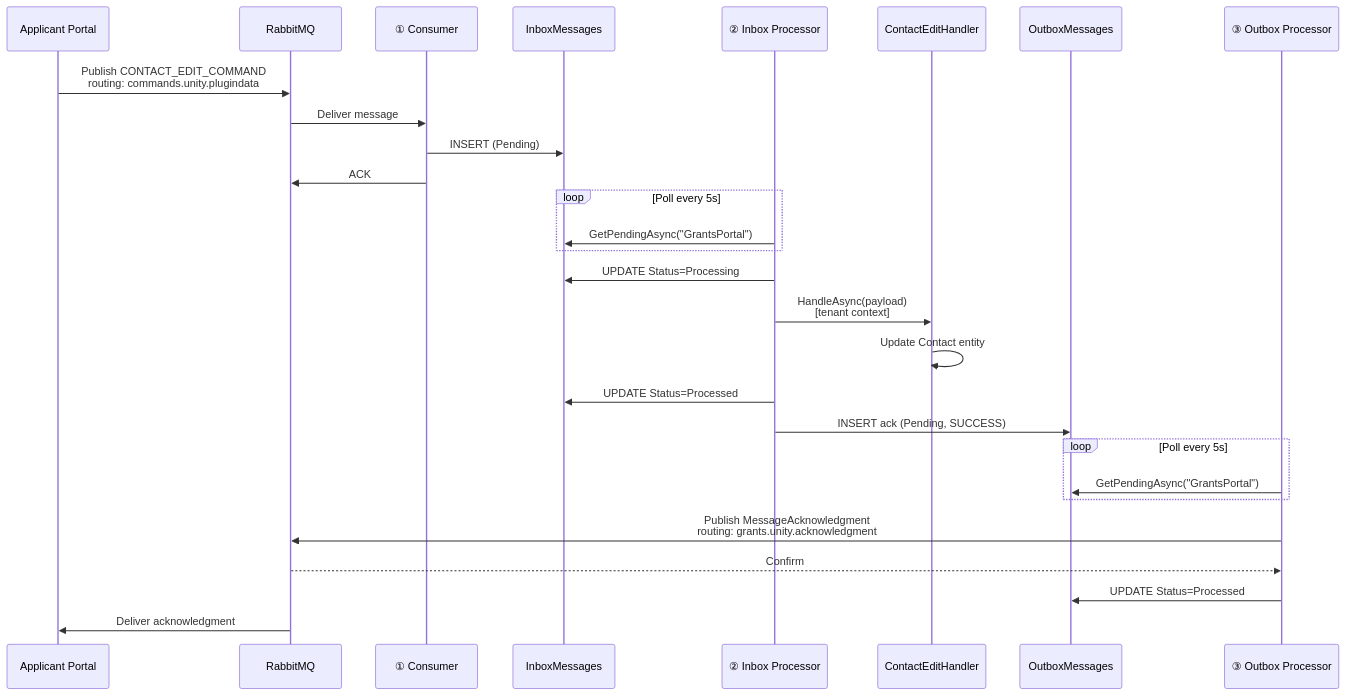
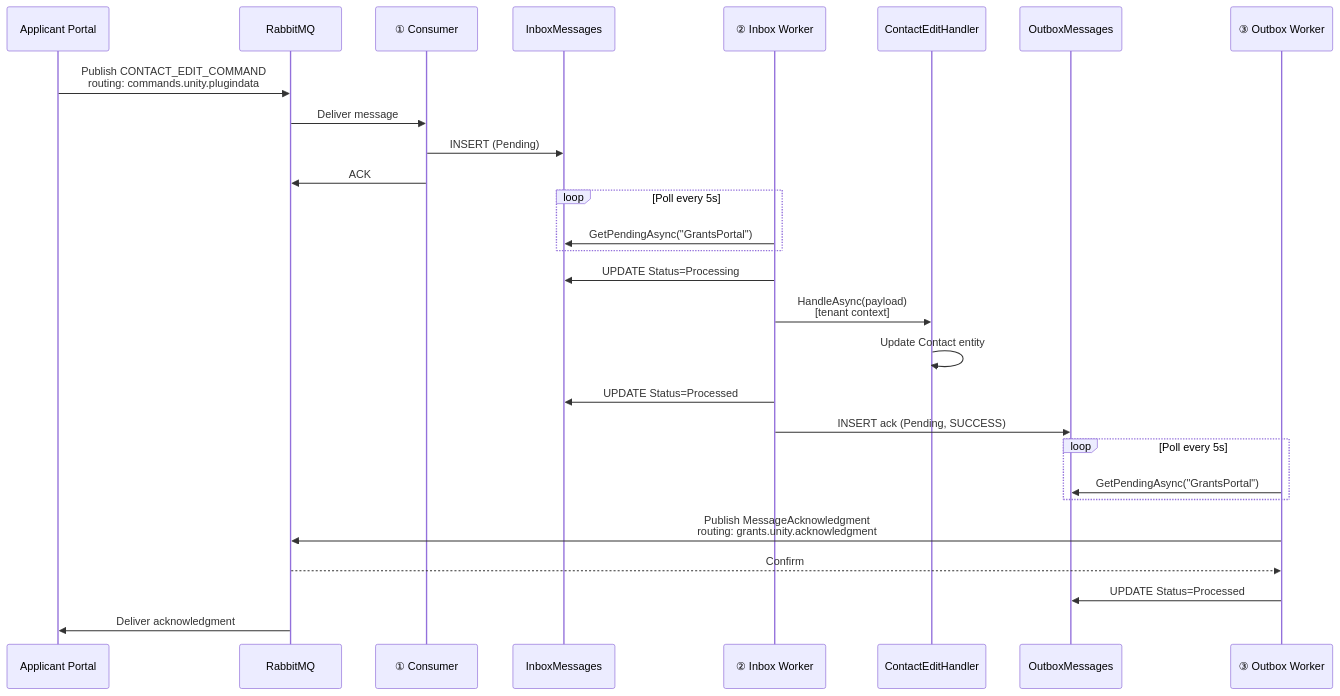
One commit to bcgov/Unity changed the second of 2 diagrams in applications/Unity.GrantManager/documentation/applicant-portal/grants-portal-rabbitmq-integration.md. Above: the diagram before and after it, drawn with Mermaid. The commit also changed other lines of this file and 40 other files, not shown here.

Commit message:
AB#31677 abstract base for inbox/outbox

````diff
--- a/applications/Unity.GrantManager/documentation/applicant-portal/grants-portal-rabbitmq-integration.md
+++ b/applications/Unity.GrantManager/documentation/applicant-portal/grants-portal-rabbitmq-integration.md
@@ -400,36 +443,36 @@
 ```mermaid
 sequenceDiagram
     participant Portal as Applicant Portal
     participant RMQ as RabbitMQ
     participant Consumer as ① Consumer
     participant Inbox as InboxMessages
-    participant Processor as ② Inbox Processor
+    participant Processor as ② Inbox Worker
     participant Handler as ContactEditHandler
     participant Outbox as OutboxMessages
-    participant Publisher as ③ Outbox Processor
+    participant Publisher as ③ Outbox Worker
 
     Portal->>RMQ: Publish CONTACT_EDIT_COMMAND<br/>routing: commands.unity.plugindata
     RMQ->>Consumer: Deliver message
     Consumer->>Inbox: INSERT (Pending)
     Consumer->>RMQ: ACK
 
     loop Poll every 5s
         Processor->>Inbox: GetPendingAsync("GrantsPortal")
     end
 
     Processor->>Inbox: UPDATE Status=Processing
     Processor->>Handler: HandleAsync(payload)<br/>[tenant context]
     Handler->>Handler: Update Contact entity
     Processor->>Inbox: UPDATE Status=Processed
     Processor->>Outbox: INSERT ack (Pending, SUCCESS)
 
     loop Poll every 5s
         Publisher->>Outbox: GetPendingAsync("GrantsPortal")
     end
 
     Publisher->>RMQ: Publish MessageAcknowledgment<br/>routing: grants.unity.acknowledgment
     RMQ-->>Publisher: Confirm
     Publisher->>Outbox: UPDATE Status=Processed
 
     RMQ->>Portal: Deliver acknowledgment
 ```
````
